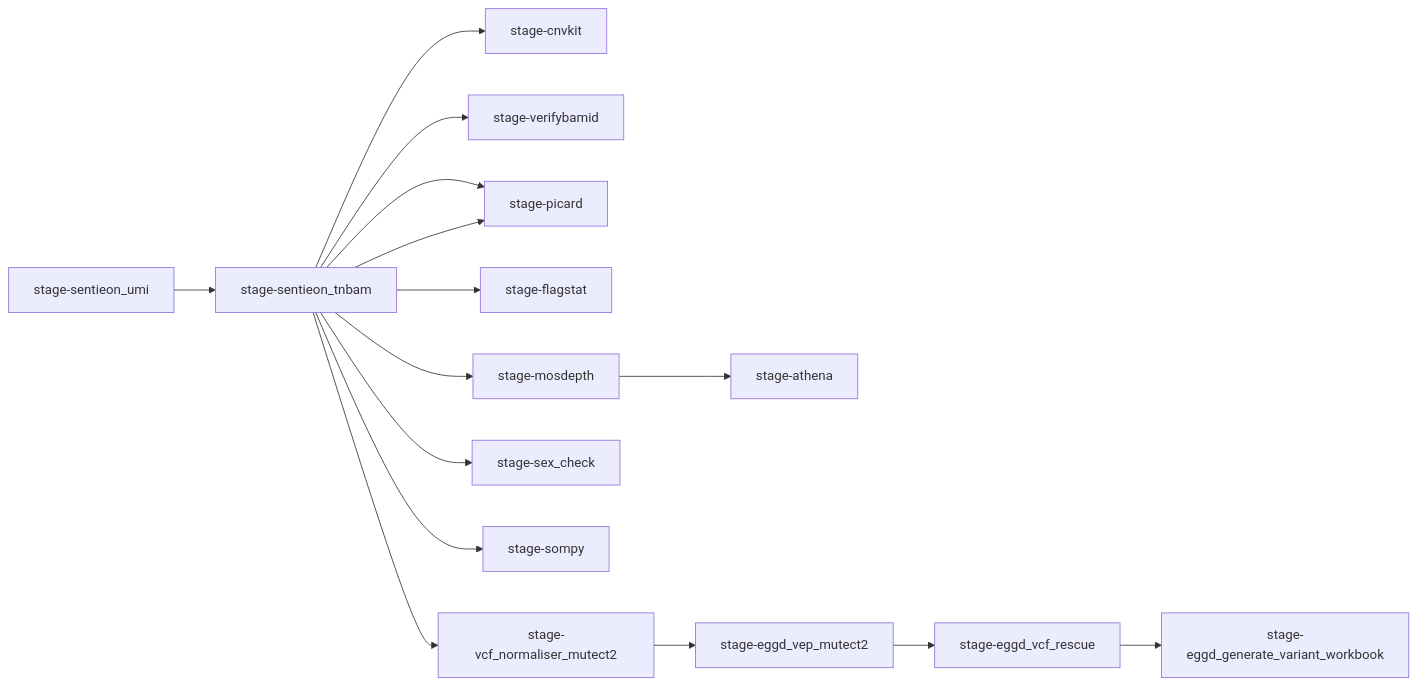
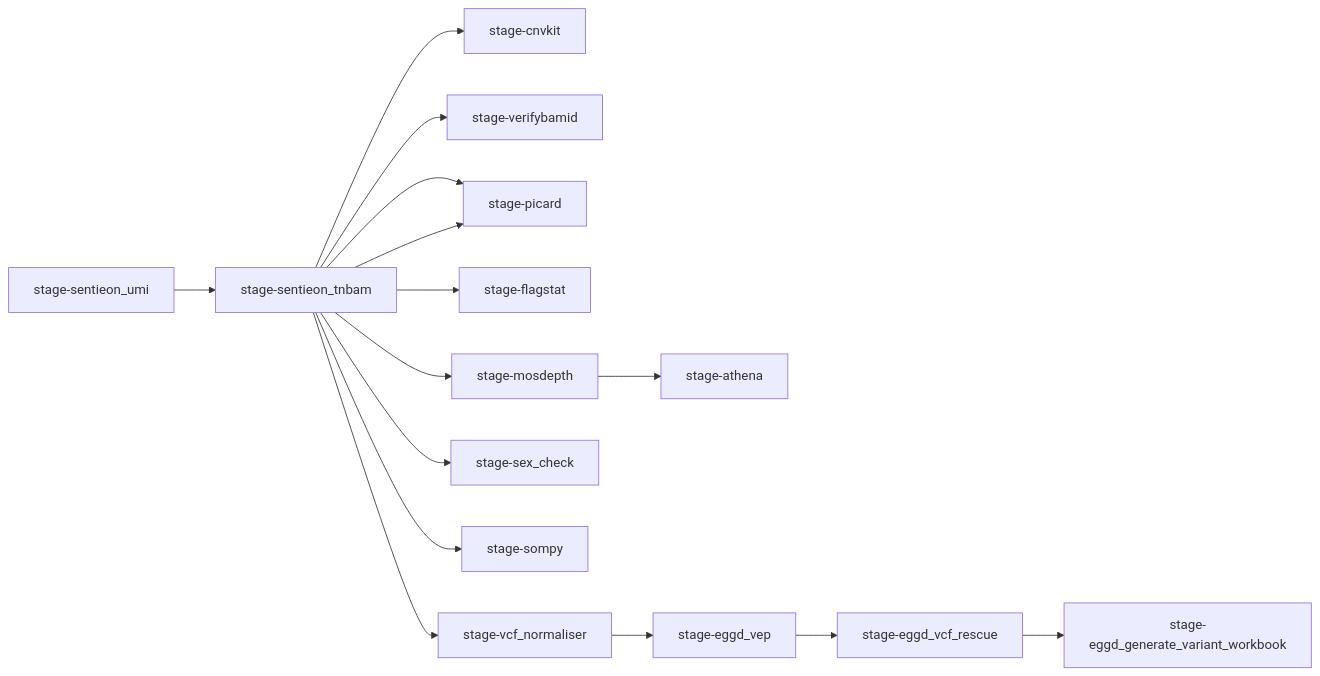
One commit to eastgenomics/eggd_atlas_main_workflow changed the diagram in workflow_diagram.mmd. Above: the diagram before and after it, drawn with Mermaid.

Commit message:
remove mutect2 from names as we only run vcf norm once

```diff
--- a/workflow_diagram.mmd
+++ b/workflow_diagram.mmd
@@ -1,36 +1,36 @@
 graph LR
   S_UMI["stage-sentieon_umi"]
   S_TNBAM["stage-sentieon_tnbam"]
   CNV["stage-cnvkit"]
   VERIFY["stage-verifybamid"]
   PICARD["stage-picard"]
   FLAG["stage-flagstat"]
   MOS["stage-mosdepth"]
   ATH["stage-athena"]
   SEX["stage-sex_check"]
   SOMPY["stage-sompy"]
-  VN_MUT["stage-vcf_normaliser_mutect2"]
-  VEP_MUT["stage-eggd_vep_mutect2"]
+  VN_MUT["stage-vcf_normaliser"]
+  VEP_MUT["stage-eggd_vep"]
   RESCUE["stage-eggd_vcf_rescue"]
   GENWB["stage-eggd_generate_variant_workbook"]
 
   %% Primary data flow edges (from JSON links)
   S_UMI --> S_TNBAM
   S_TNBAM --> CNV
   S_TNBAM --> VERIFY
   S_TNBAM --> PICARD
   S_TNBAM --> PICARD
   S_TNBAM --> FLAG
   S_TNBAM --> MOS
   MOS --> ATH
   S_TNBAM --> SEX
   S_TNBAM --> SOMPY
 
   %% VCF normalization / annotation flow
   S_TNBAM --> VN_MUT
   VN_MUT --> VEP_MUT
   VEP_MUT --> RESCUE
   RESCUE --> GENWB
 
   %% Independent/standalone nodes
   CNV
```
